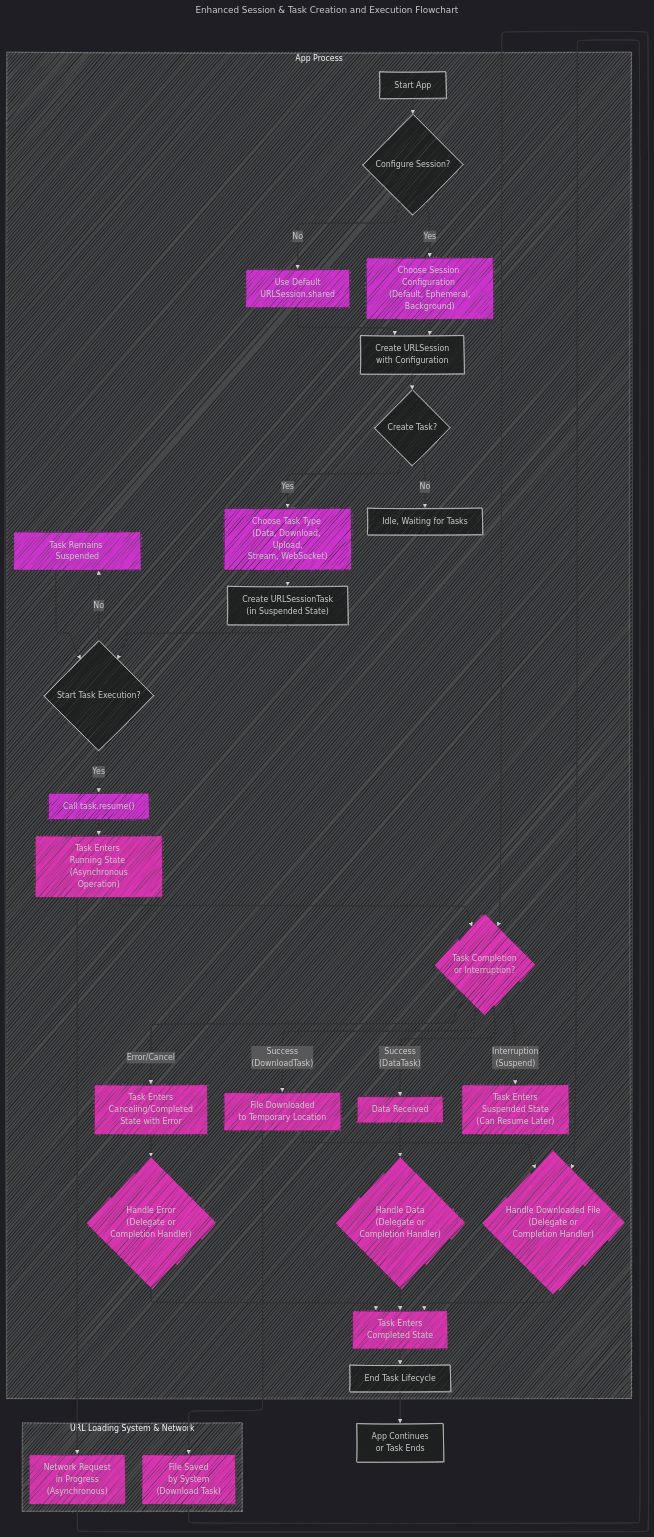
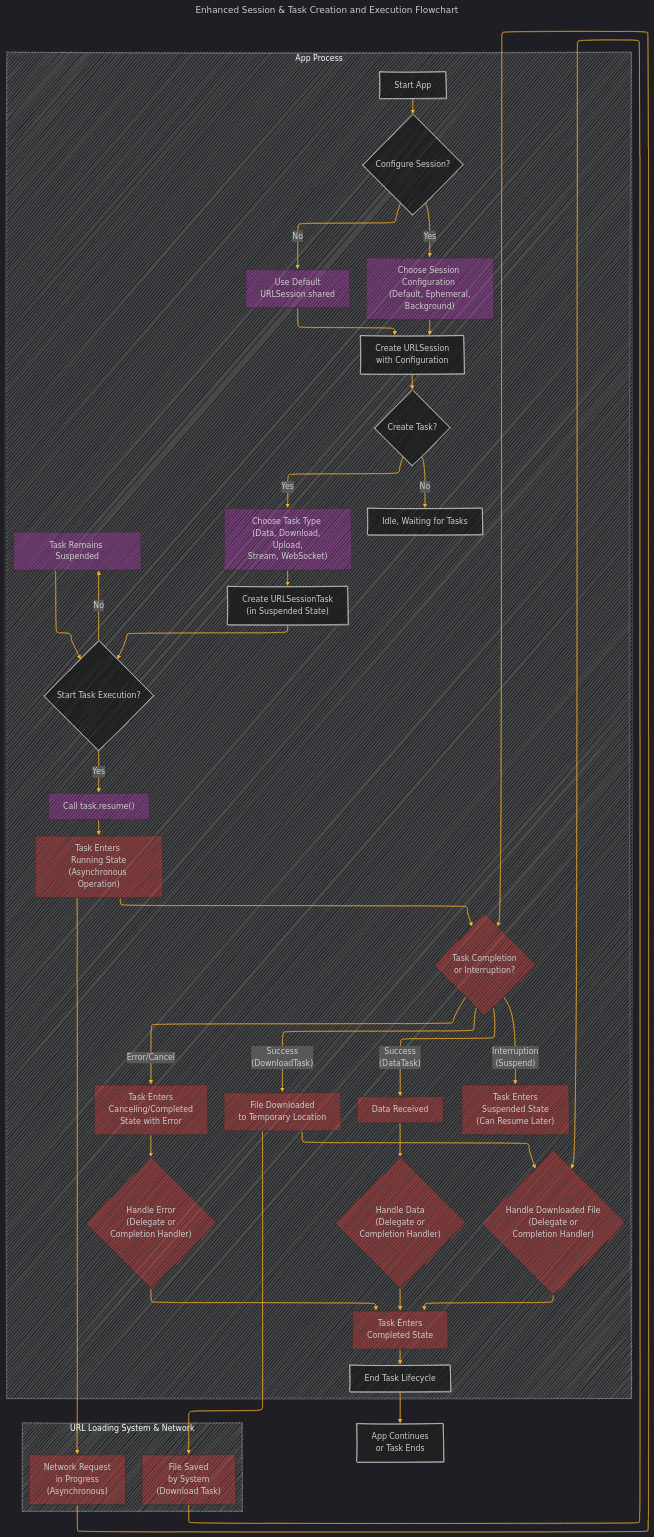
Before and after one commit to CongLeSolutionX/iOS-development-vault: the second of 4 diagrams in WEB_TECH/URL_Loading_System/URL_Loading_System_V2.md, drawn with Mermaid.

Commit message:
update note

````diff
--- a/WEB_TECH/URL_Loading_System/URL_Loading_System_V2.md
+++ b/WEB_TECH/URL_Loading_System/URL_Loading_System_V2.md
@@ -172,80 +172,77 @@
 ```mermaid
 ---
 title: Enhanced Session & Task Creation and Execution Flowchart
 config:
   layout: elk
   look: handDrawn
   theme: dark
 ---
+%%{
+  init: {
+    'fontFamily': 'verdana',
+    'themeVariables': {
+      'primaryColor': '#BB2528',
+      'primaryTextColor': '#f529',
+      'primaryBorderColor': '#7C0000',
+      'lineColor': '#F8B229',
+      'secondaryColor': '#006100',
+      'tertiaryColor': '#fff'
+    }
+  }
+}%%
 flowchart TB
     subgraph App_Process["App Process"]
-    A[Start App] --> B{Configure Session?};
-    B -- Yes --> BA["Choose Session Configuration <br>(Default, Ephemeral,<br>Background)"];
-    BA --> C[Create URLSession <br>with Configuration];
-    B -- No --> CA[Use Default <br>URLSession.shared];
-    CA --> C
+        A[Start App] --> B{Configure Session?}
+        B -- Yes --> BA["Choose Session Configuration <br>(Default, Ephemeral,<br>Background)"]
+        BA --> C[Create URLSession <br>with Configuration]
+        B -- No --> CA[Use Default <br>URLSession.shared]
+        CA --> C
 
-    C --> D{Create Task?};
-    D -- Yes --> DA["Choose Task Type <br>(Data, Download, Upload,<br>Stream, WebSocket)"];
-    DA --> E["Create URLSessionTask <br>(in Suspended State)"];
-    D -- No --> Z[Idle, Waiting for Tasks];
+        C --> D{Create Task?}
+        D -- Yes --> DA["Choose Task Type <br>(Data, Download, Upload,<br>Stream, WebSocket)"]
+        DA --> E["Create URLSessionTask <br>(in Suspended State)"]
+        D -- No --> Z[Idle, Waiting for Tasks]
 
+        E --> F{Start Task Execution?}
+        F -- Yes --> FA["Call task.resume()"]
+        FA --> G["Task Enters <br>Running State<br>(Asynchronous Operation)"]
+        F -- No --> EE[Task Remains Suspended]
+        EE --> F
+        G --> H{Task Completion <br>or Interruption?}
 
-    E --> F{Start Task Execution?};
-    F -- Yes --> FA["Call task.resume()"];
-    FA --> G["Task Enters <br>Running State <br> (Asynchronous Operation)"];
-    F -- No --> EE[Task Remains Suspended];
-    EE --> F
-    G --> H{Task Completion <br>or Interruption?};
+        H -- Success<br>(DataTask) --> HA[Data Received]
+        H -- Success<br>(DownloadTask) --> HB[File Downloaded <br>to Temporary Location]
+        H -- Error/Cancel --> HC["Task Enters <br>Canceling/Completed <br>State with Error"]
+        H -- Interruption<br>(Suspend) --> HD["Task Enters <br>Suspended State<br>(Can Resume Later)"]
 
-
-    H -- Success<br>(DataTask) --> HA[Data Received];
-    H -- Success<br>(DownloadTask) --> HB[File Downloaded <br>to Temporary Location];
-    H -- Error/Cancel --> HC["Task Enters <br>Canceling/Completed <br>State with Error"];
-    H -- Interruption<br>(Suspend) --> HD["Task Enters <br>Suspended State <br> (Can Resume Later)"];
-
-
-    HA --> I{"Handle Data <br> (Delegate or <br>Completion Handler)"};
-    HB --> J{"Handle Downloaded File <br>(Delegate or <br>Completion Handler)"};
-    HC --> K{"Handle Error <br> (Delegate or <br>Completion Handler)"};
-    I --> L[Task Enters <br>Completed State];
-    J --> L;
-    K --> L;
-    L --> M[End Task Lifecycle];
-
+        HA --> I{"Handle Data <br> (Delegate or <br>Completion Handler)"}
+        HB --> J{"Handle Downloaded File <br>(Delegate or <br>Completion Handler)"}
+        HC --> K{"Handle Error <br> (Delegate or <br>Completion Handler)"}
+        I --> L[Task Enters <br>Completed State]
+        J --> L
+        K --> L
+        L --> M[End Task Lifecycle]
     end
 
     subgraph URL_Loading_System_and_Network["URL Loading System & Network"]
-    G --> N["Network Request <br>in Progress <br>(Asynchronous)"];
-    N --> H;
-    HB --> O["File Saved <br>by System <br>(Download Task)"];
-    O --> J;
+        G --> N["Network Request <br>in Progress <br>(Asynchronous)"]
+        N --> H
+        HB --> O["File Saved <br>by System <br>(Download Task)"]
+        O --> J
     end
 
-    M --> P[App Continues <br>or Task Ends];
+    M --> P["App Continues <br>or Task Ends"]
 
 
-    style BA fill:#c3cf,stroke:#333,stroke-width:1px
-    style CA fill:#c3cf,stroke:#333,stroke-width:1px
-    style DA fill:#c3cf,stroke:#333,stroke-width:1px
-    style EE fill:#c3cf,stroke:#333,stroke-width:1px
-    style FA fill:#c3cf,stroke:#333,stroke-width:1px
+    style BA fill:#c3c5,stroke:#333,stroke-width:1px
+    style CA fill:#c3c5,stroke:#333,stroke-width:1px
+    style DA fill:#c3c5,stroke:#333,stroke-width:1px
+    style EE fill:#c3c5,stroke:#333,stroke-width:1px
+    style FA fill:#c3c5,stroke:#333,stroke-width:1px
+
+    classDef Style_for_Elements_in_Process_1 fill:#f335,stroke:#333,stroke-width:1px
 
 
-    style G fill:#f3cc,stroke:#333,stroke-width:1px
-    style H fill:#f3cc,stroke:#333,stroke-width:1px
-    style HA fill:#f3cc,stroke:#333,stroke-width:1px
-    style HB fill:#f3cc,stroke:#333,stroke-width:1px
-    style HC fill:#f3cc,stroke:#333,stroke-width:1px
-    style HD fill:#f3cc,stroke:#333,stroke-width:1px
-    style I fill:#f3cc,stroke:#333,stroke-width:1px
-    style J fill:#f3cc,stroke:#333,stroke-width:1px
-    style K fill:#f3cc,stroke:#333,stroke-width:1px
-    style L fill:#f3cc,stroke:#333,stroke-width:1px
-    style N fill:#f3cc,stroke:#333,stroke-width:1px
-    style O fill:#f3cc,stroke:#333,stroke-width:1px
-
-
-    linkStyle 0,1,2,3,4,5,6,7,8,9,10,11,12,13,14,15,16,17,18,19,20,21,22,23,24,25,26,27,28,29,30 stroke-width:2px,stroke:#333,fill:none
+    class G,H,HA,HB,HC,HD,I,J,K,L,N,O Style_for_Elements_in_Process_1
 
 ```
````
